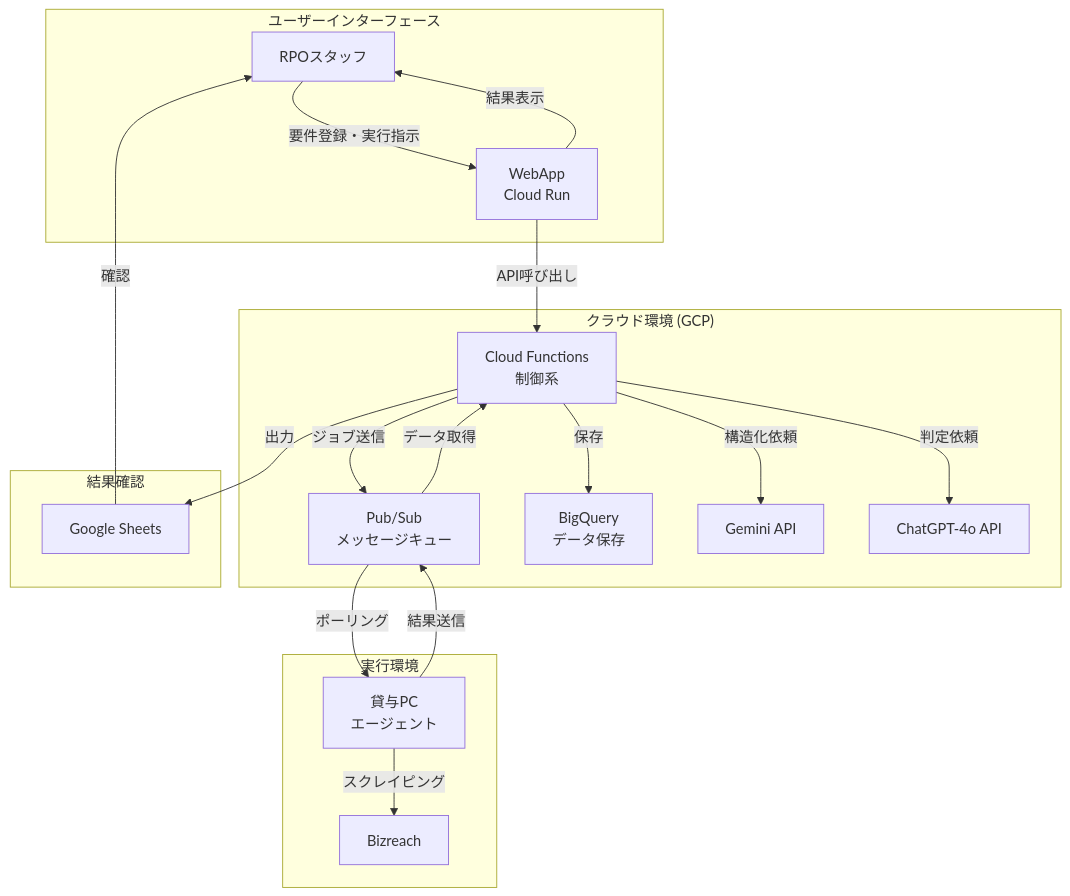
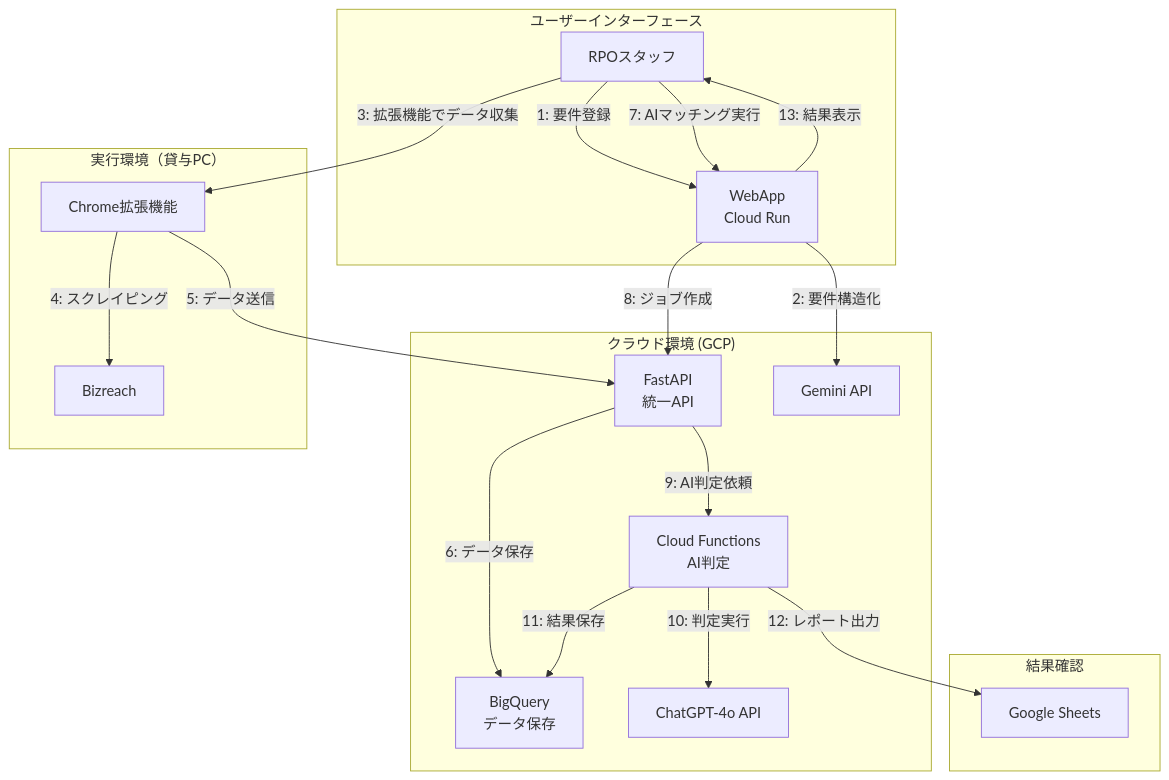
The diagram in README.md (takeshita-0x0201/rpo-automation), drawn with Mermaid before and after one commit. The commit also changed other lines of this file and 6 other files, not shown here.

````diff
--- a/README.md
+++ b/README.md
@@ -31,38 +31,38 @@
 ```mermaid
 graph TD
     subgraph "ユーザーインターフェース"
         A[RPOスタッフ]
         B[WebApp<br/>Cloud Run]
     end
     
     subgraph "クラウド環境 (GCP)"
-        C[Cloud Functions<br/>制御系]
-        D[Pub/Sub<br/>メッセージキュー]
+        C[FastAPI<br/>統一API]
+        D[Cloud Functions<br/>AI判定]
         E[BigQuery<br/>データ保存]
         F[Gemini API]
         G[ChatGPT-4o API]
     end
     
-    subgraph "実行環境"
-        H[貸与PC<br/>エージェント]
+    subgraph "実行環境（貸与PC）"
+        H[Chrome拡張機能]
         I[Bizreach]
     end
     
     subgraph "結果確認"
         J[Google Sheets]
     end
     
-    A -->|要件登録・実行指示| B
-    B -->|API呼び出し| C
-    C -->|ジョブ送信| D
-    D -->|ポーリング| H
-    H -->|スクレイピング| I
-    H -->|結果送信| D
-    D -->|データ取得| C
-    C -->|構造化依頼| F
-    C -->|判定依頼| G
-    C -->|保存| E
-    C -->|出力| J
-    B -->|結果表示| A
-    J -->|確認| A
+    A -->|1: 要件登録| B
+    B -->|2: 要件構造化| F
+    A -->|3: 拡張機能でデータ収集| H
+    H -->|4: スクレイピング| I
+    H -->|5: データ送信| C
+    C -->|6: データ保存| E
+    A -->|7: AIマッチング実行| B
+    B -->|8: ジョブ作成| C
+    C -->|9: AI判定依頼| D
+    D -->|10: 判定実行| G
+    D -->|11: 結果保存| E
+    D -->|12: レポート出力| J
+    B -->|13: 結果表示| A
 ```
````
